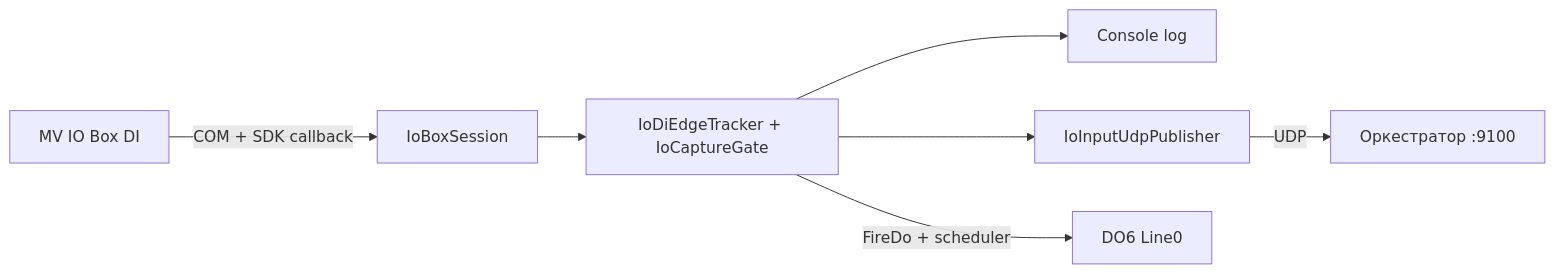
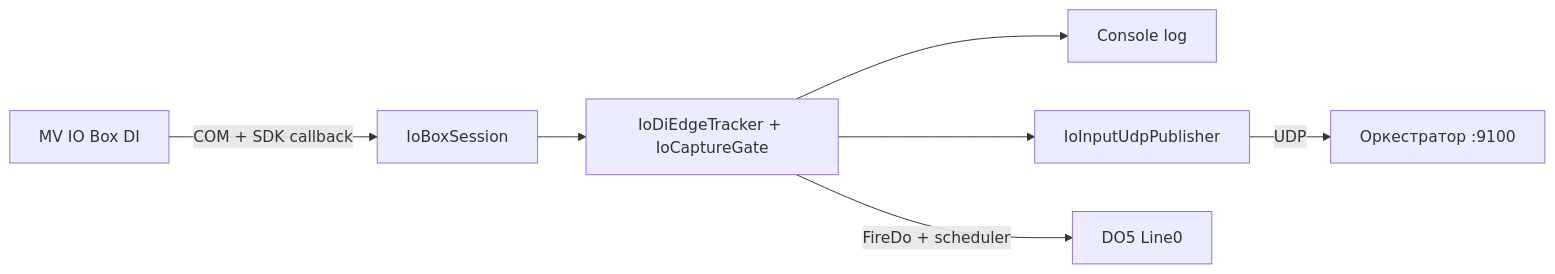
Before and after one commit to Candymanzz/defect-detector-v3: the diagram in IoInputMonitor/docs/GUIDE.md, drawn with Mermaid. The commit also changed other lines of this file and 6 other files, not shown here.

````diff
--- a/IoInputMonitor/docs/GUIDE.md
+++ b/IoInputMonitor/docs/GUIDE.md
@@ -177,9 +169,9 @@
 ```mermaid
 flowchart LR
     A[MV IO Box DI] -->|COM + SDK callback| B[IoBoxSession]
     B --> C[IoDiEdgeTracker + IoCaptureGate]
     C --> D[Console log]
     C --> E[IoInputUdpPublisher]
-    C -->|FireDo + scheduler| F[DO6 Line0]
+    C -->|FireDo + scheduler| F[DO5 Line0]
     E -->|UDP| G[Оркестратор :9100]
 ```
````
